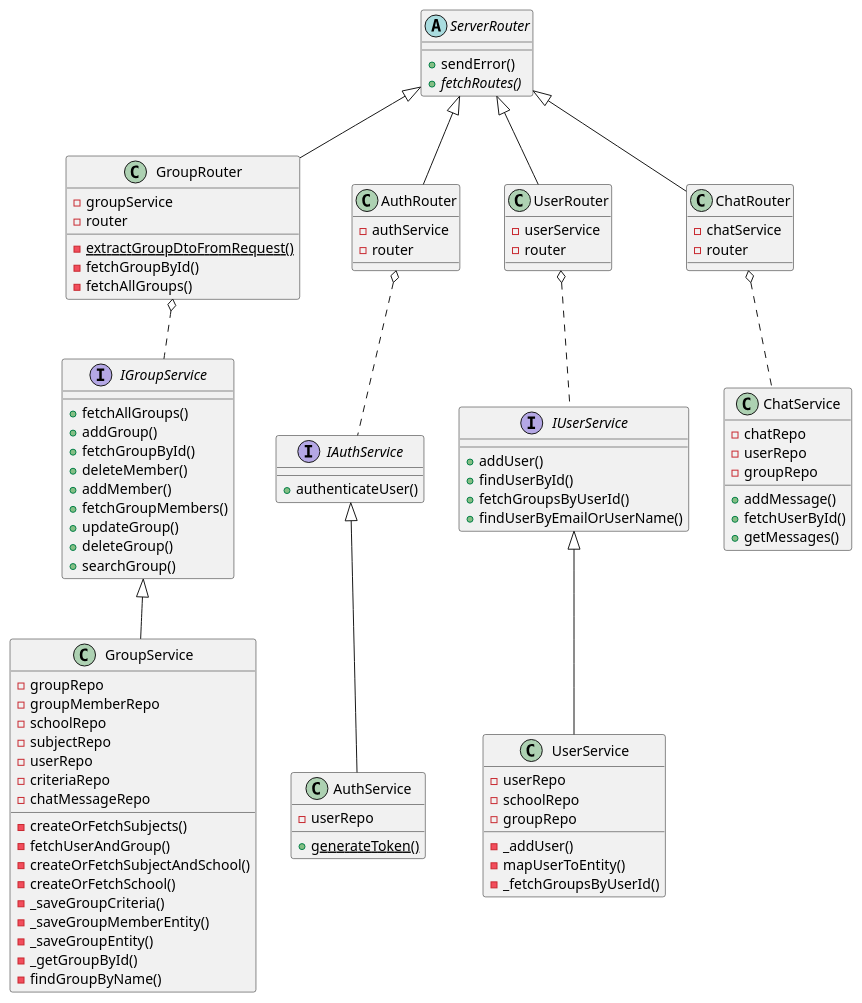
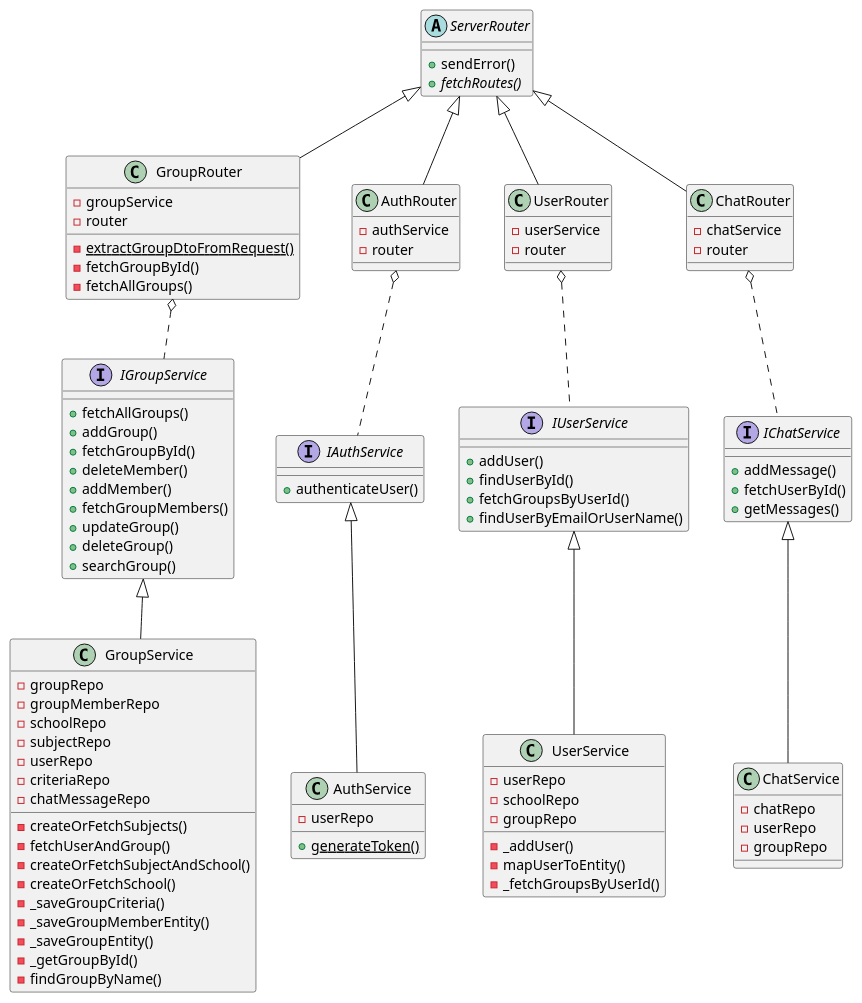
One commit to christian-edu/atcampus changed the diagram in server/puml_files/routersAndServices.puml. Above: the diagram before and after it, drawn with PlantUML. The commit also changed 3 other files, not shown here.

Commit message:
added interface IChatService.ts

```diff
--- a/server/puml_files/routersAndServices.puml
+++ b/server/puml_files/routersAndServices.puml
@@ -1,118 +1,123 @@
 @startuml
 
 abstract class ServerRouter {
 + sendError()
 + {abstract} fetchRoutes()
 }
 
 class GroupRouter {
 - groupService
 - router
 - {static} extractGroupDtoFromRequest()
 - fetchGroupById()
 - fetchAllGroups()
 }
 
 ServerRouter <|-- GroupRouter
 
 interface IGroupService {
 + fetchAllGroups()
 + addGroup()
 + fetchGroupById()
 + deleteMember()
 + addMember()
 + fetchGroupMembers()
 + updateGroup()
 + deleteGroup()
 + searchGroup()
 }
 
 GroupRouter o.. IGroupService
 
 class GroupService {
 - groupRepo
 - groupMemberRepo
 - schoolRepo
 - subjectRepo
 - userRepo
 - criteriaRepo
 - chatMessageRepo
 - createOrFetchSubjects()
 - fetchUserAndGroup()
 - createOrFetchSubjectAndSchool()
 - createOrFetchSchool()
 - _saveGroupCriteria()
 - _saveGroupMemberEntity()
 - _saveGroupEntity()
 - _getGroupById()
 - findGroupByName()
 }
 
 IGroupService <|-- GroupService
 
 class AuthRouter {
 - authService
 - router
 }
 
 ServerRouter <|-- AuthRouter
 
 interface IAuthService {
 + authenticateUser()
 }
 
 AuthRouter o.. IAuthService
 
 class AuthService {
 - userRepo
 + {static} generateToken()
 }
 
 IAuthService <|-- AuthService
 
 class UserRouter {
 - userService
 - router
 }
 
 ServerRouter <|-- UserRouter
 
 interface IUserService {
 + addUser()
 + findUserById()
 + fetchGroupsByUserId()
 + findUserByEmailOrUserName()
 }
 
 UserRouter o.. IUserService
 
 class UserService {
 - userRepo
 - schoolRepo
 - groupRepo
 - _addUser()
 - mapUserToEntity()
 - _fetchGroupsByUserId()
 }
 
 IUserService <|-- UserService
 
 class ChatRouter {
 - chatService
 - router
 }
 
 ServerRouter <|-- ChatRouter
 
-class ChatService {
-- chatRepo
-- userRepo
-- groupRepo
+interface IChatService {
 + addMessage()
 + fetchUserById()
 + getMessages()
 }
 
-ChatRouter o.. ChatService
+ChatRouter o.. IChatService
+
+class ChatService {
+- chatRepo
+- userRepo
+- groupRepo
+}
+
+IChatService <|-- ChatService
 
 @enduml
```
